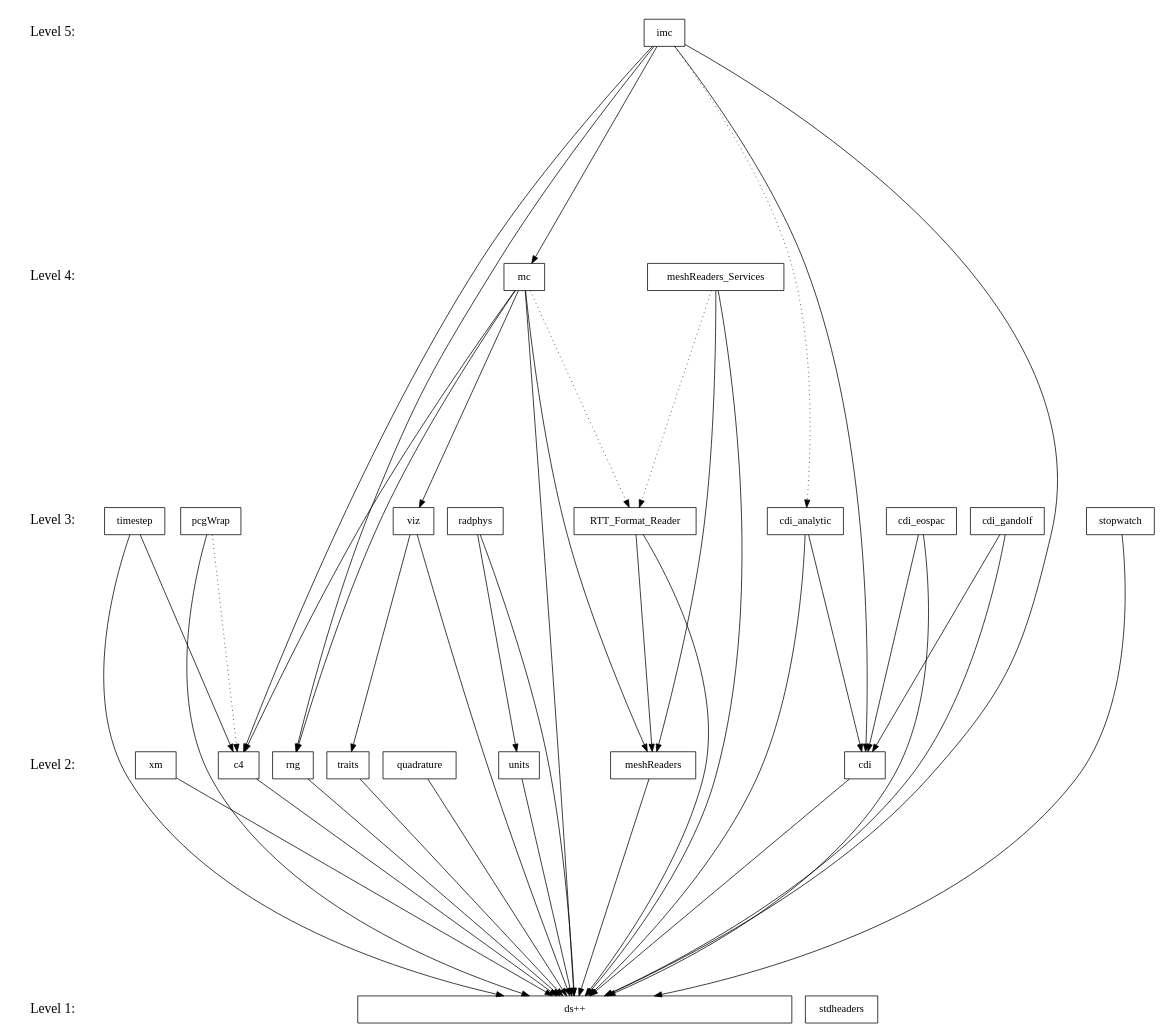
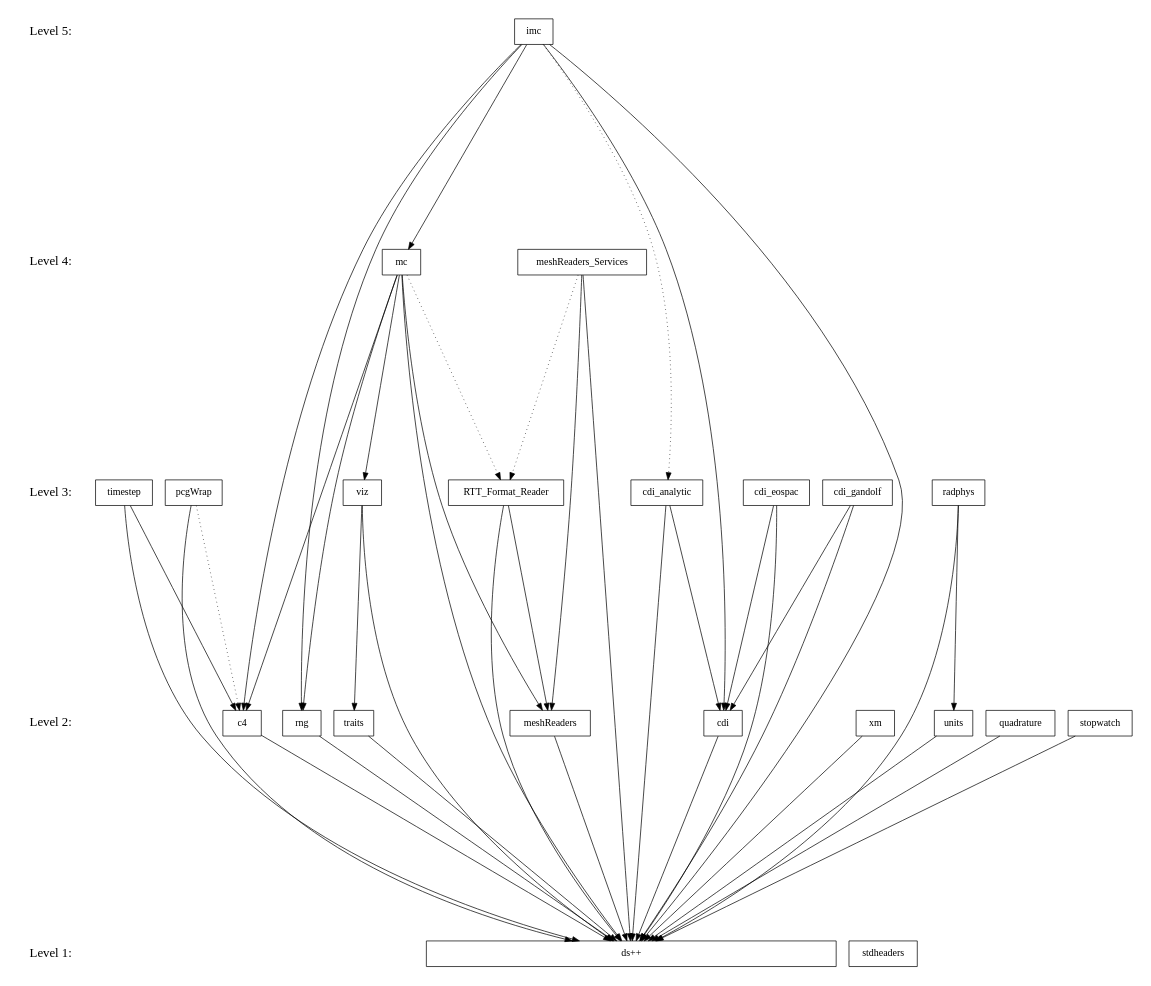
Before and after one commit to losalamos/Draco: the diagram in doc/design/level.dot, drawn with Graphviz. The commit also changed 1 other file, not shown here.

Commit message:
Another update to draco levelization diagram.

```diff
--- a/doc/design/level.dot
+++ b/doc/design/level.dot
@@ -1,90 +1,90 @@
 digraph draco_level {
     /* graph attributes */
     center=1;
     size="7.5,10";
     ranksep=4;
     
     /* levels */
     level1 [shape=plaintext, label="Level 1:", fontsize=18];
     level2 [shape=plaintext, label="Level 2:", fontsize=18];
     level3 [shape=plaintext, label="Level 3:", fontsize=18];
     level4 [shape=plaintext, label="Level 4:", fontsize=18];
     level5 [shape=plaintext, label="Level 5:", fontsize=18];
     
     level5 -> level4 -> level3 -> level2 -> level1 [style=invis];
     
     /* packages */
     
     /* level 1 */
     dsxx [shape=box, label="ds++", width=8];
     stdheaders [shape=box, label="stdheaders"];
     
     /* level 2 */
     traits [shape=box, label="traits"];
     xm [shape=box, label="xm"];
     c4 [shape=box, label="c4"];
     rng [shape=box, label="rng"];
     units [shape=box, label="units"];
     cdi [shape=box, label="cdi"];
     quad [shape=box, label="quadrature"];
     meshread [shape=box, label="meshReaders"];
     stop [shape=box, label="stopwatch"];
     
     /* level 3 */
     viz [shape=box, label="viz"];
     radphys [shape=box, label="radphys"];
     timestep [shape=box, label="timestep"];
     cdianal [shape=box, label="cdi_analytic"];
     cdieos [shape=box, label="cdi_eospac"];
     cdigan [shape=box, label="cdi_gandolf"];
     pcg [shape=box, label="pcgWrap"];
     rttread [shape=box, label="RTT_Format_Reader"];
     
     /* level 4 */
     mc [shape=box, label="mc"];
     meshservice [shape=box, label="meshReaders_Services"];
 
     /* level 5 */
     imc [shape=box, label="imc"];
     
     /* dependencies */
     {rank=same; level1 stdheaders dsxx};
-    {rank=same; level2 traits xm c4 rng units meshread cdi quad};
-    {rank=same; level3 rttread viz radphys timestep cdianal cdieos cdigan pcg stop};
+    {rank=same; level2 stop traits xm c4 rng units meshread cdi quad};
+    {rank=same; level3 rttread viz radphys timestep cdianal cdieos cdigan pcg};
     {rank=same; level4 mc meshservice};
     {rank=same; level5 imc};
     
     /* draco packages */
     
     /* level 2 */
     xm          -> {dsxx};
     units       -> {dsxx};
     traits      -> {dsxx};
     c4          -> {dsxx};
     rng         -> {dsxx};
     cdi         -> {dsxx};
     meshread    -> {dsxx};
     quad        -> {dsxx};
     stop        -> {dsxx};
     
     /* level 3 */
     viz         -> {traits dsxx};
     timestep    -> {c4 dsxx};
     radphys     -> {units dsxx};
     pcg         -> {dsxx};
     pcg         -> {c4} [style=dotted];
     cdianal     -> {cdi dsxx};
     cdieos      -> {cdi dsxx};
     cdigan      -> {cdi dsxx};
     rttread     -> {meshread dsxx};
 
     /* level 4 */
     mc          -> {viz meshread rng c4 dsxx};
     mc          -> {rttread} [style=dotted];
     meshservice -> {meshread dsxx};
     meshservice -> {rttread} [style=dotted];
 
     /* level 5 */
     imc         -> {mc cdi rng c4 dsxx};
     imc         -> {cdianal} [style=dotted];
 }
```
